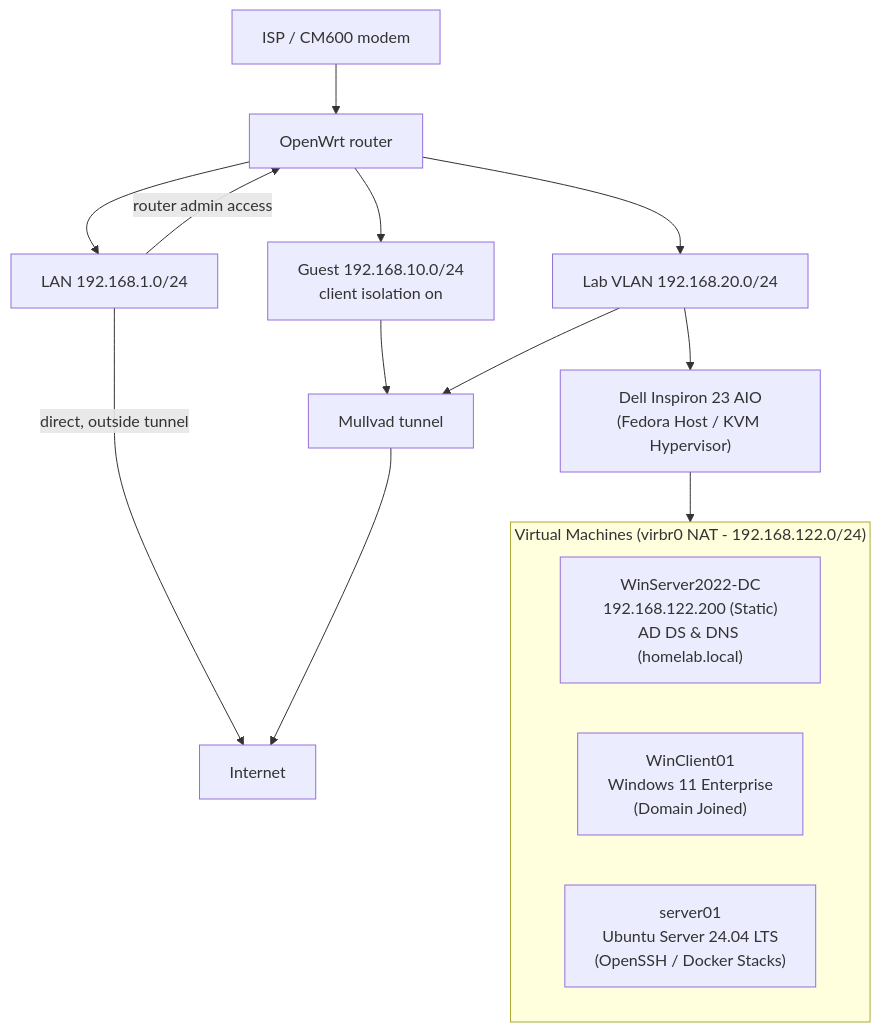
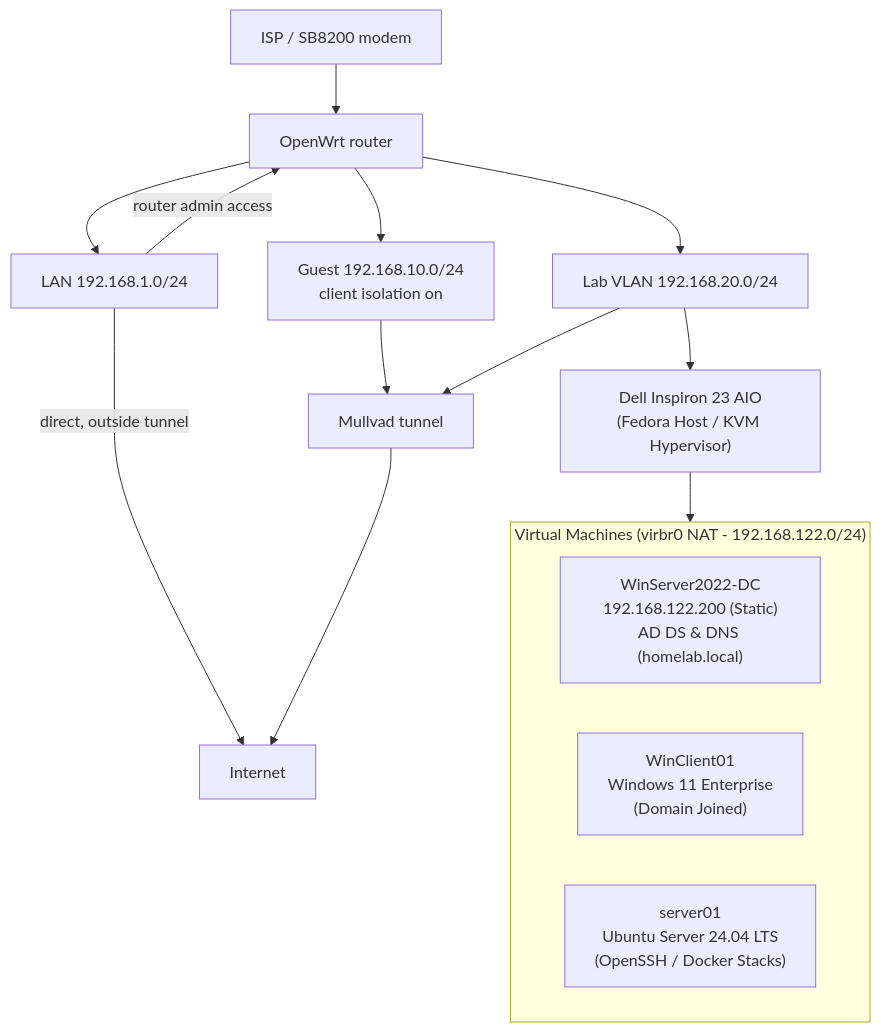
One commit to packet-lab-ops/homelab-docs changed the diagram in README.md. Above: the diagram before and after it, drawn with Mermaid. The commit also changed other lines of this file, not shown here.

Commit message:
Update modem information in README

````diff
--- a/README.md
+++ b/README.md
@@ -15,23 +15,23 @@
 ```mermaid
 flowchart TD
-  ISP["ISP / CM600 modem"] --> R["OpenWrt router"]
+  ISP["ISP / SB8200 modem"] --> R["OpenWrt router"]
   R --> LAN["LAN 192.168.1.0/24"]
   R --> GUEST["Guest 192.168.10.0/24<br/>client isolation on"]
   R --> LAB_NET["Lab VLAN 192.168.20.0/24"]
 
   LAB_NET --> HOST["Dell Inspiron 23 AIO<br/>(Fedora Host / KVM Hypervisor)"]
   
   subgraph VMS["Virtual Machines (virbr0 NAT - 192.168.122.0/24)"]
     DC["WinServer2022-DC<br/>192.168.122.200 (Static)<br/>AD DS & DNS (homelab.local)"]
     CLIENT["WinClient01<br/>Windows 11 Enterprise<br/>(Domain Joined)"]
     LINUX["server01<br/>Ubuntu Server 24.04 LTS<br/>(OpenSSH / Docker Stacks)"]
   end
 
   HOST --> VMS
 
   LAN -->|"router admin access"| R
   LAN -->|"direct, outside tunnel"| NET["Internet"]
   GUEST --> VPN["Mullvad tunnel"]
   LAB_NET --> VPN
   VPN --> NET
 ```
````
